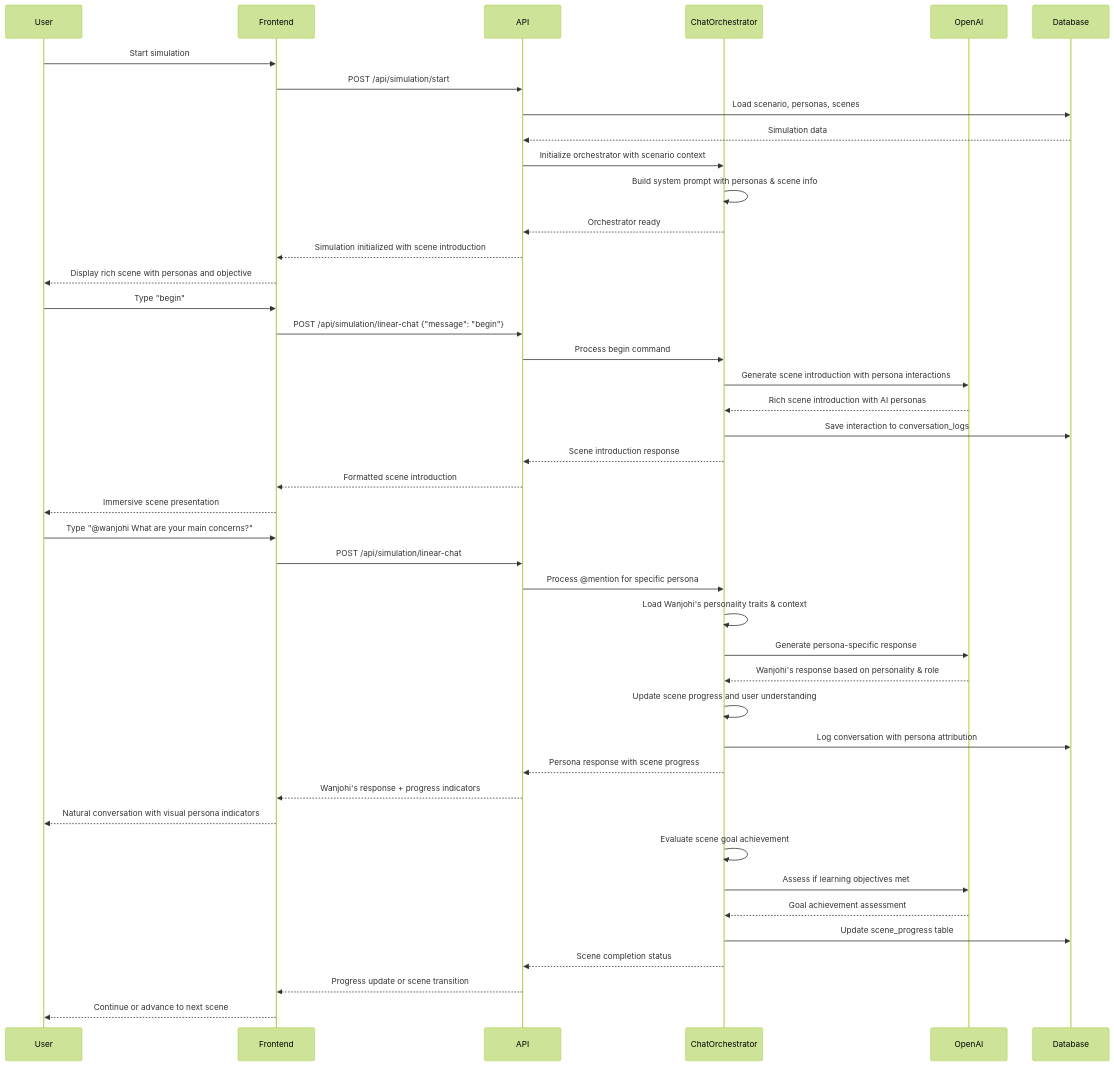
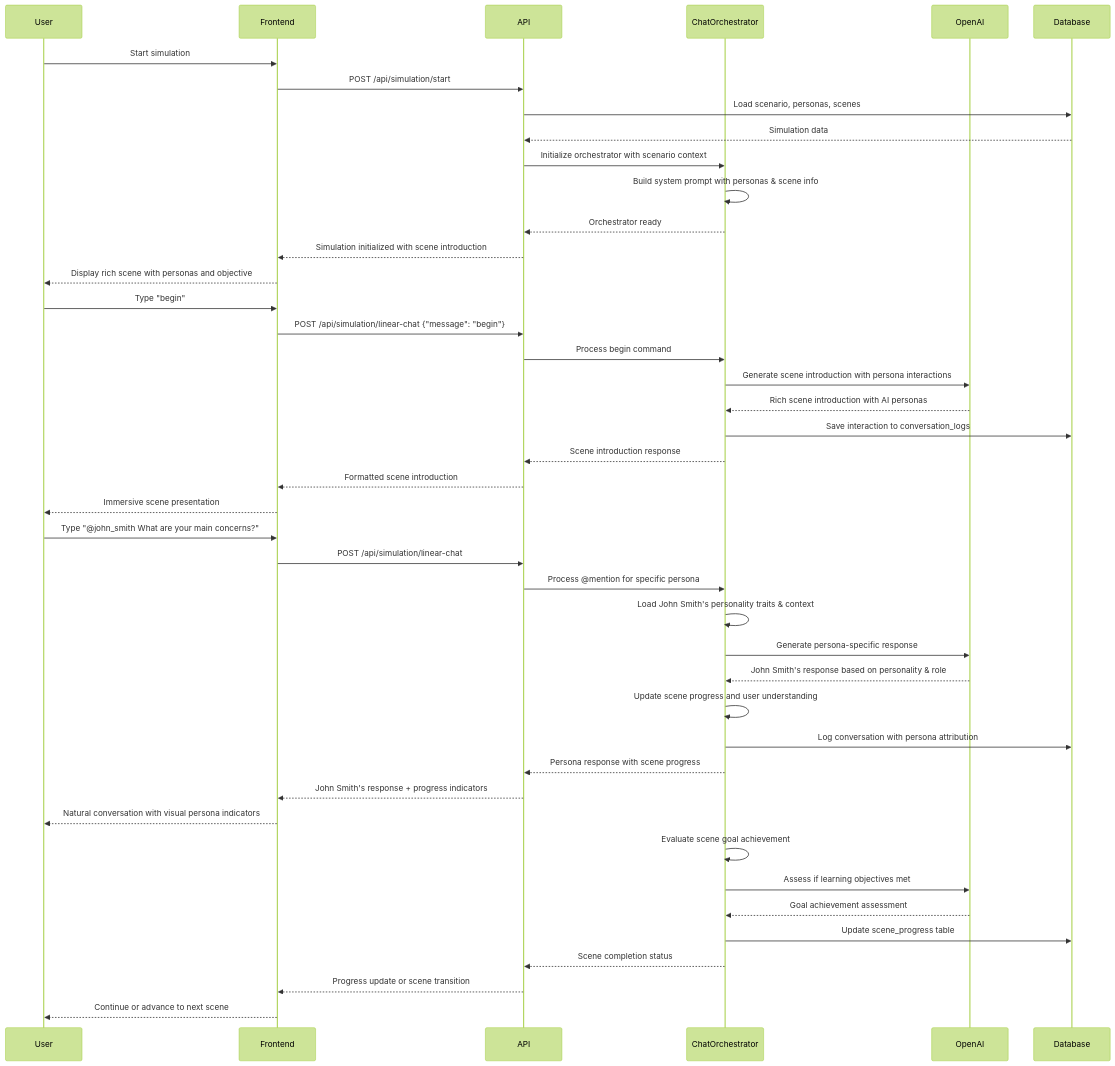
Before and after one commit to Sbcoit/forked-ai-agent-education-platform: the fifth of 18 diagrams in docs/architecture/user-workflow.md, drawn with Mermaid (forest theme). The commit also changed 6 other files, not shown here.

````diff
--- a/docs/architecture/user-workflow.md
+++ b/docs/architecture/user-workflow.md
@@ -234,53 +234,53 @@
 ```mermaid
 sequenceDiagram
     participant U as User
     participant F as Frontend
     participant A as API
     participant CO as ChatOrchestrator
     participant AI as OpenAI
     participant D as Database
     
     %% Scene Initialization
     U->>F: Start simulation
     F->>A: POST /api/simulation/start
     A->>D: Load scenario, personas, scenes
     D-->>A: Simulation data
     A->>CO: Initialize orchestrator with scenario context
     CO->>CO: Build system prompt with personas & scene info
     CO-->>A: Orchestrator ready
     A-->>F: Simulation initialized with scene introduction
     F-->>U: Display rich scene with personas and objective
     
     %% Begin Command
     U->>F: Type "begin"
     F->>A: POST /api/simulation/linear-chat {"message": "begin"}
     A->>CO: Process begin command
     CO->>AI: Generate scene introduction with persona interactions
     AI-->>CO: Rich scene introduction with AI personas
     CO->>D: Save interaction to conversation_logs
     CO-->>A: Scene introduction response
     A-->>F: Formatted scene introduction
     F-->>U: Immersive scene presentation
     
     %% @Mention Interaction
-    U->>F: Type "@wanjohi What are your main concerns?"
+    U->>F: Type "@john_smith What are your main concerns?"
     F->>A: POST /api/simulation/linear-chat
     A->>CO: Process @mention for specific persona
-    CO->>CO: Load Wanjohi's personality traits & context
+    CO->>CO: Load John Smith's personality traits & context
     CO->>AI: Generate persona-specific response
-    AI-->>CO: Wanjohi's response based on personality & role
+    AI-->>CO: John Smith's response based on personality & role
     CO->>CO: Update scene progress and user understanding
     CO->>D: Log conversation with persona attribution
     CO-->>A: Persona response with scene progress
-    A-->>F: Wanjohi's response + progress indicators
+    A-->>F: John Smith's response + progress indicators
     F-->>U: Natural conversation with visual persona indicators
     
     %% Scene Completion Check
     CO->>CO: Evaluate scene goal achievement
     CO->>AI: Assess if learning objectives met
     AI-->>CO: Goal achievement assessment
     CO->>D: Update scene_progress table
     CO-->>A: Scene completion status
     A-->>F: Progress update or scene transition
     F-->>U: Continue or advance to next scene
 ```
````
